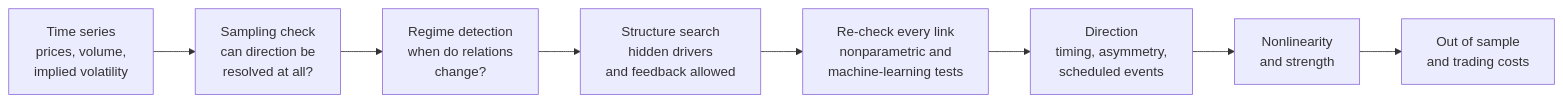
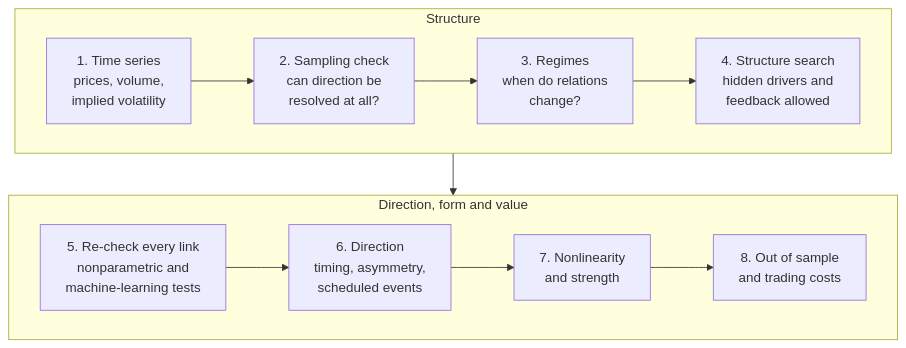
One commit to syaohui/entropy-based-causal-structure-learning-markets changed the diagram in README.md. Above: the diagram before and after it, drawn with Mermaid.

Commit message:
README: pipeline diagram in two rows so it is readable

````diff
--- a/README.md
+++ b/README.md
@@ -66,10 +66,16 @@
 ```mermaid
-flowchart LR
-    A["Time series<br/>prices, volume,<br/>implied volatility"] --> B["Sampling check<br/>can direction be<br/>resolved at all?"]
-    B --> C["Regime detection<br/>when do relations<br/>change?"]
-    C --> D["Structure search<br/>hidden drivers<br/>and feedback allowed"]
-    D --> E["Re-check every link<br/>nonparametric and<br/>machine-learning tests"]
-    E --> F["Direction<br/>timing, asymmetry,<br/>scheduled events"]
-    F --> G["Nonlinearity<br/>and strength"]
-    G --> H["Out of sample<br/>and trading costs"]
+flowchart TB
+    subgraph S1 ["Structure"]
+        direction LR
+        A["1. Time series<br/>prices, volume,<br/>implied volatility"] --> B["2. Sampling check<br/>can direction be<br/>resolved at all?"]
+        B --> C["3. Regimes<br/>when do relations<br/>change?"]
+        C --> D["4. Structure search<br/>hidden drivers and<br/>feedback allowed"]
+    end
+    subgraph S2 ["Direction, form and value"]
+        direction LR
+        E["5. Re-check every link<br/>nonparametric and<br/>machine-learning tests"] --> F["6. Direction<br/>timing, asymmetry,<br/>scheduled events"]
+        F --> G["7. Nonlinearity<br/>and strength"]
+        G --> H["8. Out of sample<br/>and trading costs"]
+    end
+    D --> E
 ```
````
